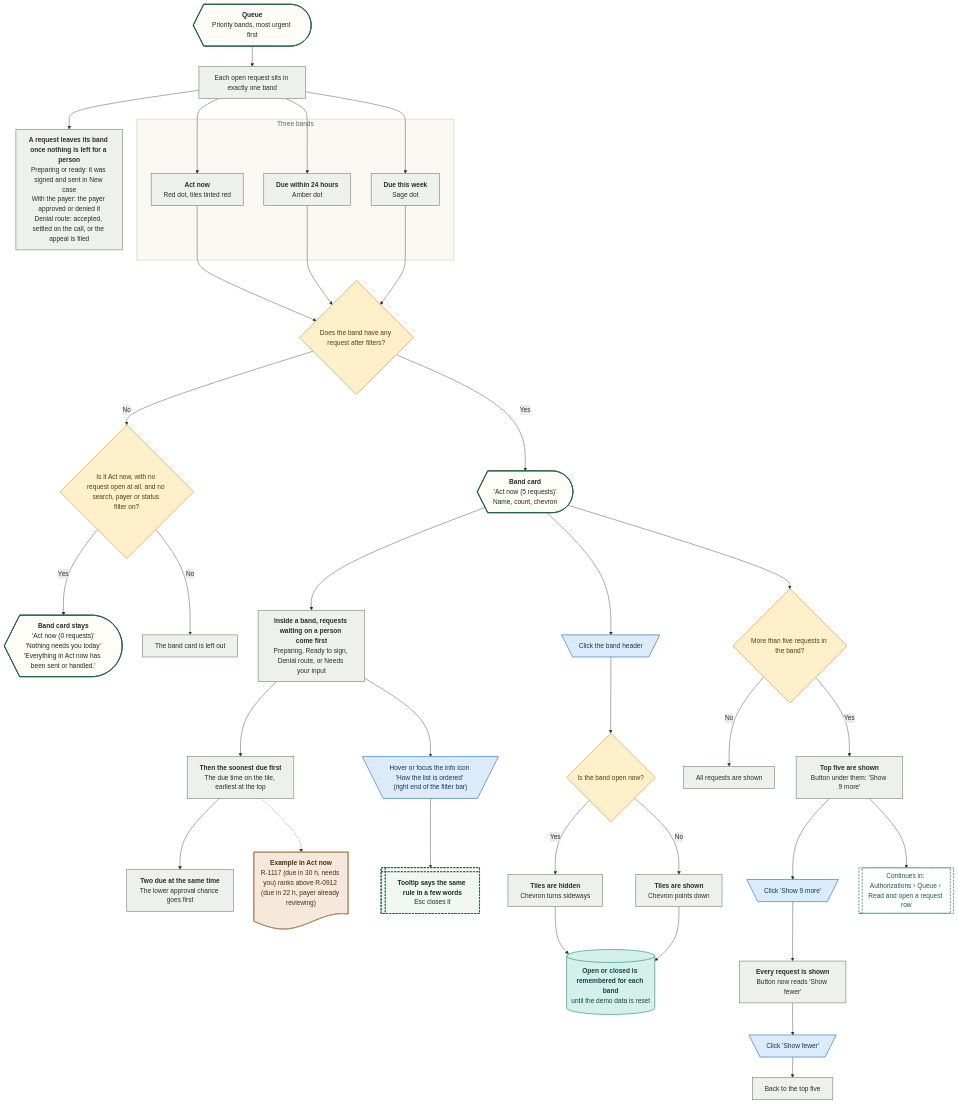
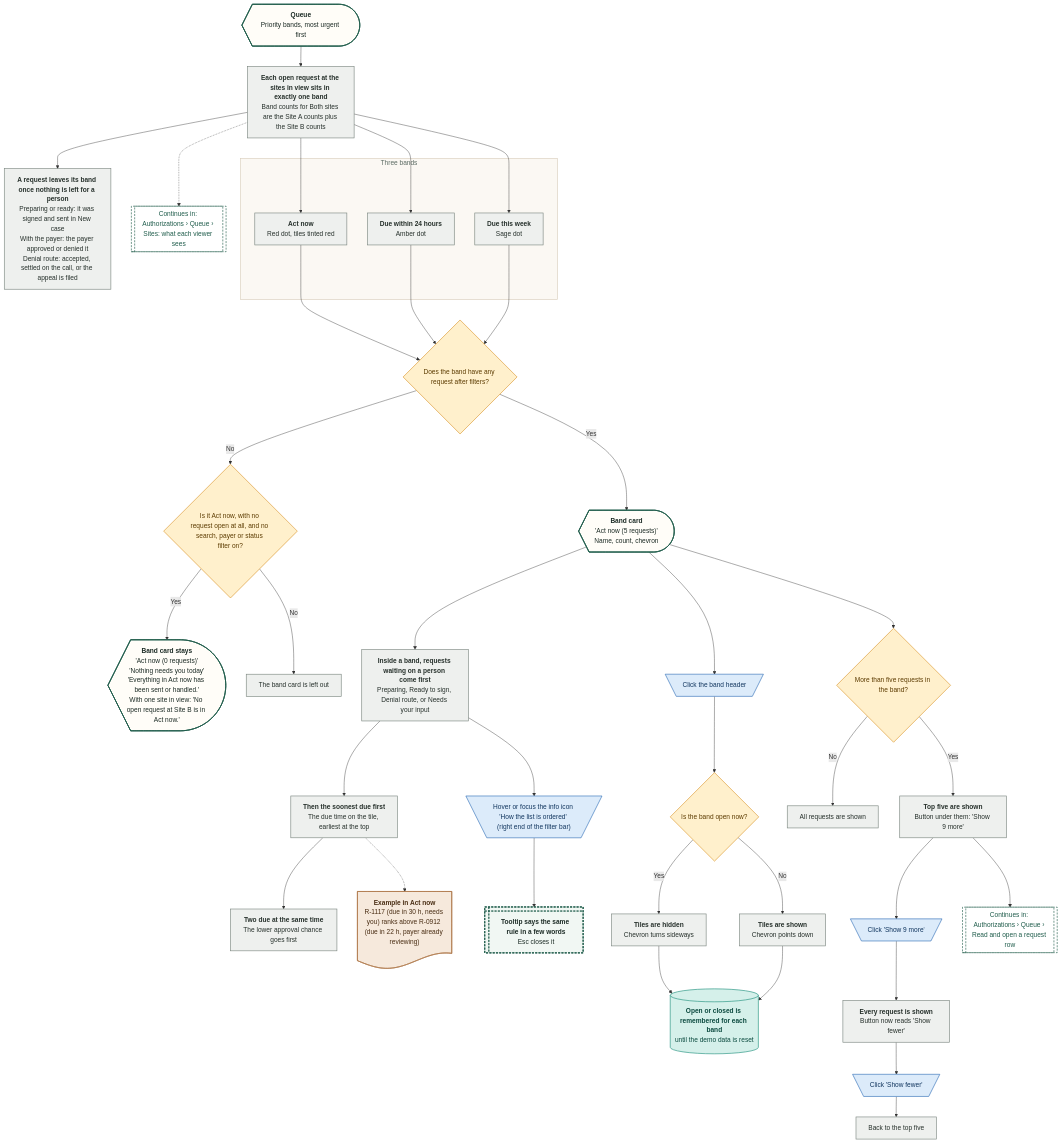
The diagram in demos/prior-auth-demo/workflows/out/mmd/03-authorizations/12-queue-bands-and-ranking.mmd (Shrav143/psyfloapp), drawn with Mermaid before and after one commit. The commit also changed 251 other files, not shown here.

First line of the commit message:
docs: rebuild the workflow diagrams (291) for round 4

```diff
--- a/demos/prior-auth-demo/workflows/out/mmd/03-authorizations/12-queue-bands-and-ranking.mmd
+++ b/demos/prior-auth-demo/workflows/out/mmd/03-authorizations/12-queue-bands-and-ranking.mmd
@@ -1,79 +1,81 @@
 %%{init: {"theme":"base","themeVariables":{"fontFamily":"'DM Sans', 'Segoe UI', system-ui, sans-serif","fontSize":"15px","lineColor":"#5B6B63","primaryTextColor":"#1C2B25","clusterBkg":"#FBF8F3","clusterBorder":"#D9CDBB","edgeLabelBackground":"#FFFFFF"},"flowchart":{"curve":"basis","nodeSpacing":36,"rankSpacing":48,"padding":12,"htmlLabels":true,"useMaxWidth":false,"wrappingWidth":230}} }%%
 flowchart TD
   classDef k_start fill:#1F5C4B,stroke:#174638,color:#FFFFFF,stroke-width:1.5px,font-weight:600
   classDef k_end fill:#DDEFE3,stroke:#2E7D4F,color:#14502F,stroke-width:1.5px,font-weight:600
   classDef k_endx fill:#FBE3E0,stroke:#C0392B,color:#7A1F16,stroke-width:1.5px,font-weight:600
   classDef k_screen fill:#FFFDF8,stroke:#1F5C4B,color:#1C2B25,stroke-width:2px
   classDef k_overlay fill:#F1F7F3,stroke:#1F5C4B,color:#1C2B25,stroke-width:2px,stroke-dasharray:5 3
   classDef k_click fill:#DCEBFA,stroke:#2F6DB5,color:#12365F,stroke-width:1.5px
   classDef k_input fill:#E4E7FF,stroke:#4C5FD5,color:#1D2670,stroke-width:1.5px
   classDef k_process fill:#EEF0EE,stroke:#7A857F,color:#26302B,stroke-width:1.5px
   classDef k_agent fill:#EEE5FA,stroke:#7A4FC2,color:#341A63,stroke-width:1.5px
   classDef k_decision fill:#FFF0CC,stroke:#D9962B,color:#5C3B00,stroke-width:1.5px
   classDef k_store fill:#D5F0EA,stroke:#1C8E7B,color:#0B4A3F,stroke-width:1.5px
   classDef k_doc fill:#F6E9DC,stroke:#B07A4C,color:#4A2E14,stroke-width:1.5px
   classDef k_ext fill:#FFE6D2,stroke:#E07B39,color:#6B2F06,stroke-width:1.5px
   classDef k_wait fill:#E4E8EE,stroke:#6B7C93,color:#26303D,stroke-width:1.5px
   classDef k_toast fill:#FFF9DB,stroke:#C9A400,color:#5A4A00,stroke-width:1.5px
   classDef k_goto fill:#FFFFFF,stroke:#1F5C4B,color:#1F5C4B,stroke-width:1.5px,stroke-dasharray:5 3
   q@{ shape: curv-trap, label: "<b>Queue</b><br/>Priority bands, most urgent first" }
-  b1@{ shape: rect, label: "Each open request sits in exactly one band" }
+  b1@{ shape: rect, label: "<b>Each open request at the sites in view sits in exactly one band</b><br/>Band counts for Both sites are the Site A counts plus the Site B counts" }
   lv@{ shape: rect, label: "<b>A request leaves its band once nothing is left for a person</b><br/>Preparing or ready: it was signed and sent in New case<br/>With the payer: the payer approved or denied it<br/>Denial route: accepted, settled on the call, or the appeal is filed" }
   subgraph gB ["Three bands"]
   bn@{ shape: rect, label: "<b>Act now</b><br/>Red dot, tiles tinted red" }
   bd@{ shape: rect, label: "<b>Due within 24 hours</b><br/>Amber dot" }
   bw@{ shape: rect, label: "<b>Due this week</b><br/>Sage dot" }
   end
   dE@{ shape: diam, label: "Does the band have any request after filters?" }
   dZ@{ shape: diam, label: "Is it Act now, with no request open at all, and no search, payer or status filter on?" }
-  em@{ shape: curv-trap, label: "<b>Band card stays</b><br/>'Act now (0 requests)'<br/>'Nothing needs you today'<br/>'Everything in Act now has been sent or handled.'" }
+  em@{ shape: curv-trap, label: "<b>Band card stays</b><br/>'Act now (0 requests)'<br/>'Nothing needs you today'<br/>'Everything in Act now has been sent or handled.'<br/>With one site in view: 'No open request at Site B is in Act now.'" }
   hide@{ shape: rect, label: "The band card is left out" }
   bc@{ shape: curv-trap, label: "<b>Band card</b><br/>'Act now (5 requests)'<br/>Name, count, chevron" }
   r1@{ shape: rect, label: "<b>Inside a band, requests waiting on a person come first</b><br/>Preparing, Ready to sign, Denial route, or Needs your input" }
   r2@{ shape: rect, label: "<b>Then the soonest due first</b><br/>The due time on the tile, earliest at the top" }
   wt@{ shape: rect, label: "<b>Two due at the same time</b><br/>The lower approval chance goes first" }
   ex@{ shape: doc, label: "<b>Example in Act now</b><br/>R-1117 (due in 30 h, needs you) ranks above R-0912 (due in 22 h, payer already reviewing)" }
   hd@{ shape: trap-t, label: "Click the band header" }
   dC@{ shape: diam, label: "Is the band open now?" }
   col@{ shape: rect, label: "<b>Tiles are hidden</b><br/>Chevron turns sideways" }
   exp@{ shape: rect, label: "<b>Tiles are shown</b><br/>Chevron points down" }
   keep@{ shape: cyl, label: "<b>Open or closed is remembered for each band</b><br/>until the demo data is reset" }
   dM@{ shape: diam, label: "More than five requests in the band?" }
   all5@{ shape: rect, label: "All requests are shown" }
   top5@{ shape: rect, label: "<b>Top five are shown</b><br/>Button under them: 'Show 9 more'" }
   sm@{ shape: trap-t, label: "Click 'Show 9 more'" }
   allm@{ shape: rect, label: "<b>Every request is shown</b><br/>Button now reads 'Show fewer'" }
   sf@{ shape: trap-t, label: "Click 'Show fewer'" }
   back@{ shape: rect, label: "Back to the top five" }
   tp@{ shape: trap-t, label: "Hover or focus the info icon 'How the list is ordered' (right end of the filter bar)" }
   tp2@{ shape: win-pane, label: "<b>Tooltip says the same rule in a few words</b><br/>Esc closes it" }
   g1@{ shape: subproc, label: "Continues in: Authorizations › Queue › Read and open a request row" }
+  g2@{ shape: subproc, label: "Continues in: Authorizations › Queue › Sites: what each viewer sees" }
   q --> b1
   b1 --> lv
+  b1 -.-> g2
   b1 --> bn & bd & bw
   bn --> dE
   bd --> dE
   bw --> dE
   dE -->|"No"| dZ
   dZ -->|"Yes"| em
   dZ -->|"No"| hide
   dE -->|"Yes"| bc
   bc --> r1 --> r2 --> wt
   r2 -.-> ex
   r1 --> tp --> tp2
   bc --> hd --> dC
   dC -->|"Yes"| col --> keep
   dC -->|"No"| exp --> keep
   bc --> dM
   dM -->|"No"| all5
   dM -->|"Yes"| top5 --> sm --> allm --> sf --> back
   top5 --> g1
   class q,em,bc k_screen
   class b1,lv,bn,bd,bw,hide,r1,r2,wt,col,exp,all5,top5,allm,back k_process
   class dE,dZ,dC,dM k_decision
   class ex k_doc
   class hd,sm,sf,tp k_click
   class keep k_store
   class tp2 k_overlay
-  class g1 k_goto
+  class g1,g2 k_goto
   style gB fill:#FBF8F3,stroke:#D9CDBB,stroke-width:1.5px,color:#5B6B63
```
